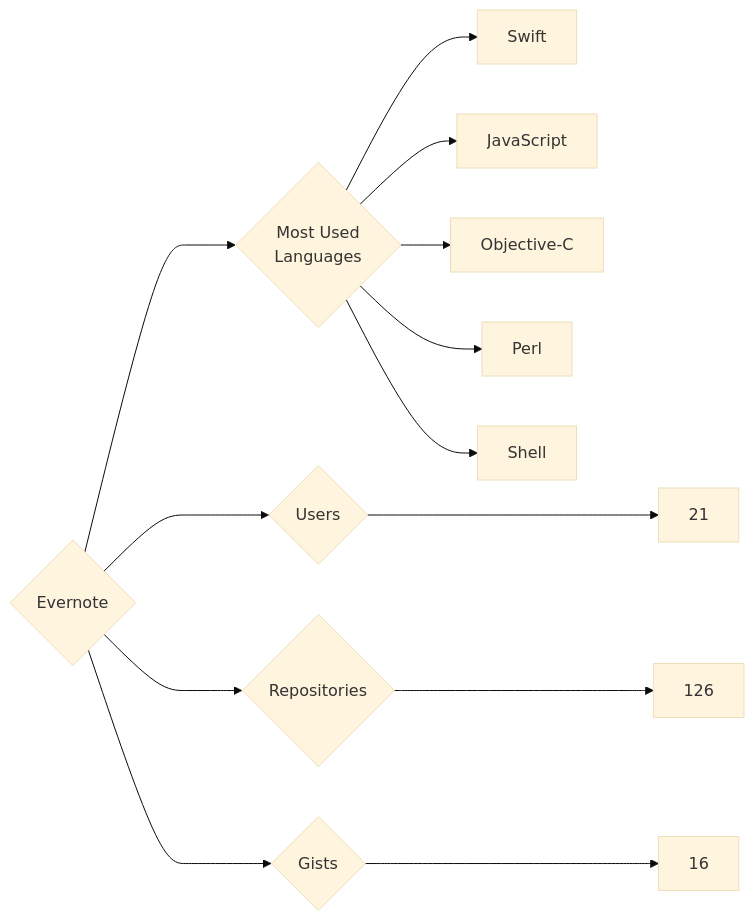
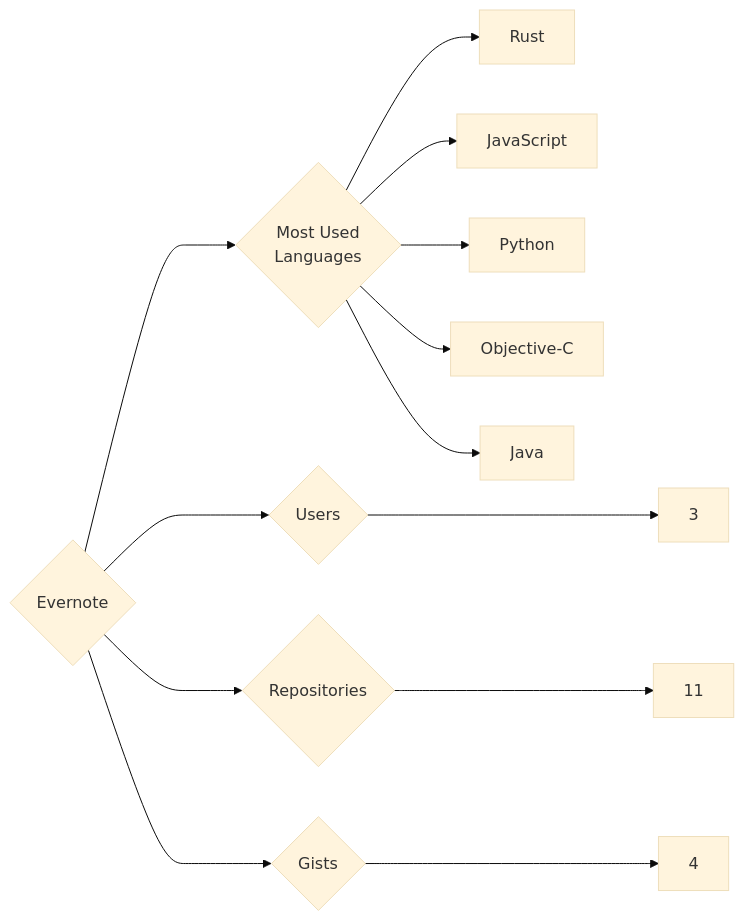
The diagram in targets/Evernote/README.md (trickest/insiders), drawn with Mermaid (base theme) before and after one commit. The commit also changed 440 other files, not shown here.

````diff
--- a/targets/Evernote/README.md
+++ b/targets/Evernote/README.md
@@ -3,13 +3,13 @@
 ```mermaid
 graph LR
 COMPANY_NAME{Evernote}
-COMPANY_NAME ---> U{Users} ---> UN[21]
-COMPANY_NAME ---> R{Repositories} ---> RN[126]
-COMPANY_NAME ---> G{Gists} ---> GN[16]
+COMPANY_NAME ---> U{Users} ---> UN[3]
+COMPANY_NAME ---> R{Repositories} ---> RN[11]
+COMPANY_NAME ---> G{Gists} ---> GN[4]
 COMPANY_NAME ---> ML{Most Used<br>Languages}
-ML --> Swift[Swift]
+ML --> Rust[Rust]
 ML --> JavaScript[JavaScript]
+ML --> Python[Python]
 ML --> Objective-C[Objective-C]
-ML --> Perl[Perl]
-ML --> Shell[Shell]
+ML --> Java[Java]
 ```
````
